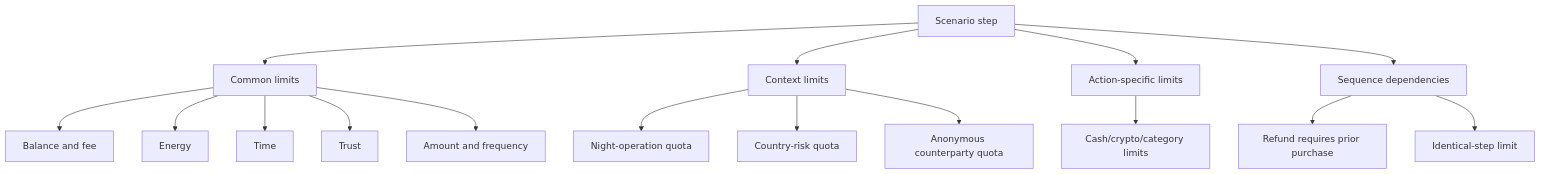
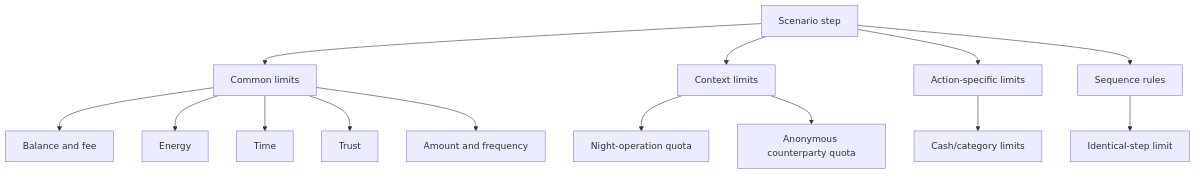
Before and after one commit to BigZet/AMLautosim: the second of 7 diagrams in docs/scoring-and-leaderboard.md, drawn with Mermaid. The commit also changed other lines of this file and 36 other files, not shown here.

````diff
--- a/docs/scoring-and-leaderboard.md
+++ b/docs/scoring-and-leaderboard.md
@@ -85,19 +85,17 @@
 ```mermaid
 flowchart TB
     step["Scenario step"] --> common["Common limits"]
     step --> context["Context limits"]
     step --> action["Action-specific limits"]
-    step --> sequence["Sequence dependencies"]
+    step --> sequence["Sequence rules"]
 
     common --> balance["Balance and fee"]
     common --> energy["Energy"]
     common --> time["Time"]
     common --> trust["Trust"]
     common --> frequency["Amount and frequency"]
     context --> night["Night-operation quota"]
-    context --> country["Country-risk quota"]
     context --> anonymous["Anonymous counterparty quota"]
-    action --> cash["Cash/crypto/category limits"]
-    sequence --> refund["Refund requires prior purchase"]
+    action --> cash["Cash/category limits"]
     sequence --> streak["Identical-step limit"]
 ```
````
